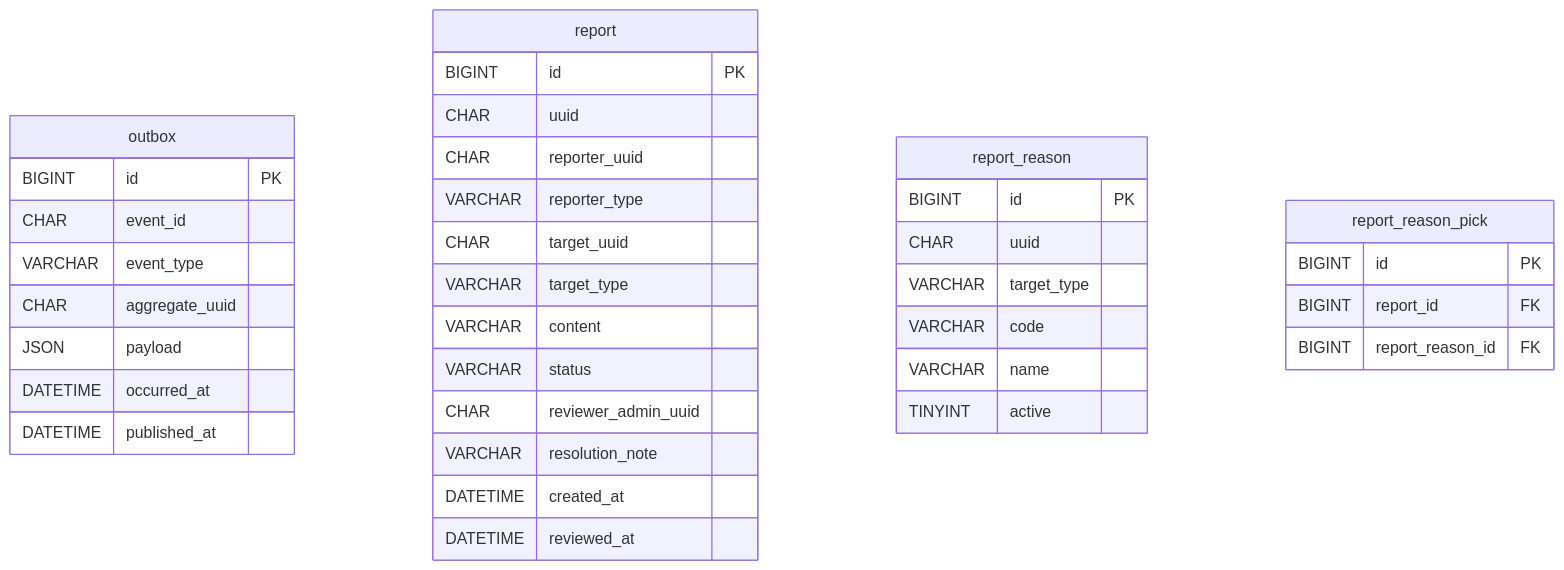
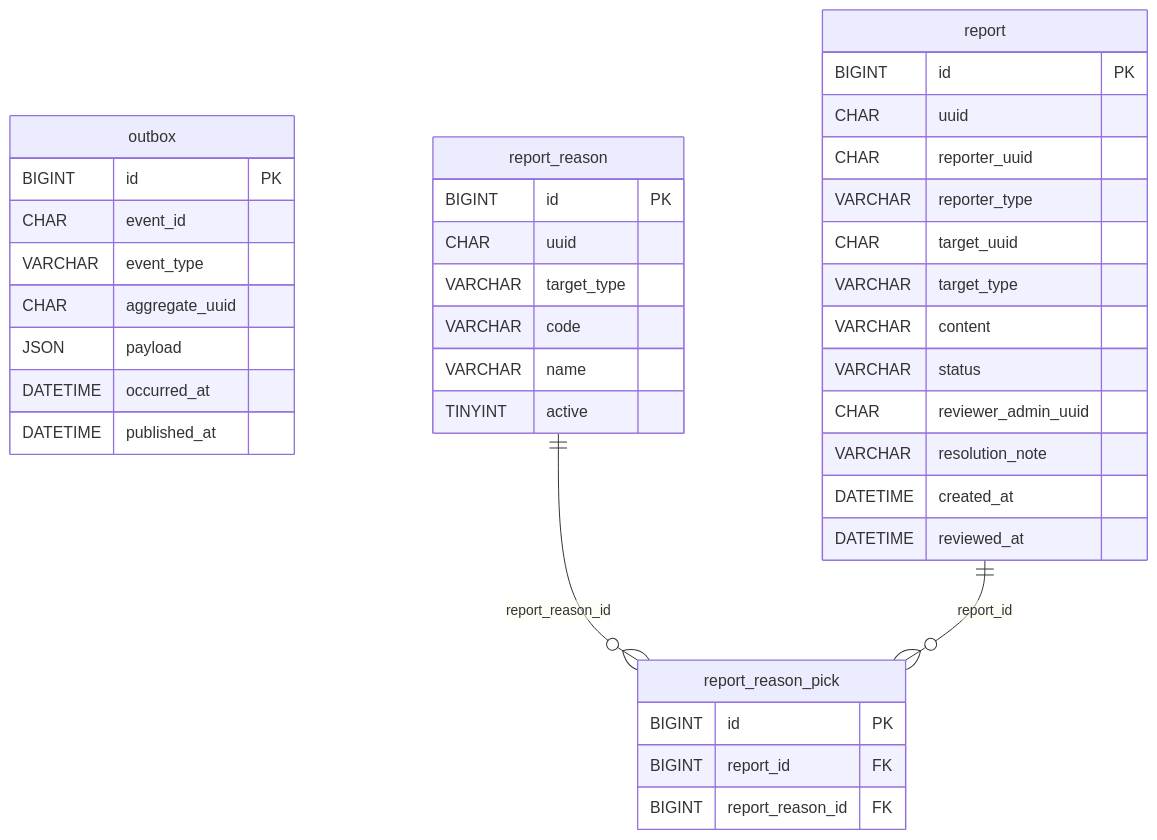
One commit to louie-kury/louie-kury-document changed the first of 2 diagrams in docs/erd/svc_moderation.md. Above: the diagram before and after it, drawn with Mermaid. The commit also changed other lines of this file and 10 other files, not shown here.

Commit message:
docs: ERD 테이블 사이 관계선 추가

````diff
--- a/docs/erd/svc_moderation.md
+++ b/docs/erd/svc_moderation.md
@@ -10,39 +10,41 @@
 ```mermaid
 erDiagram
     outbox {
         BIGINT id PK
         CHAR event_id
         VARCHAR event_type
         CHAR aggregate_uuid
         JSON payload
         DATETIME occurred_at
         DATETIME published_at
     }
     report {
         BIGINT id PK
         CHAR uuid
         CHAR reporter_uuid
         VARCHAR reporter_type
         CHAR target_uuid
         VARCHAR target_type
         VARCHAR content
         VARCHAR status
         CHAR reviewer_admin_uuid
         VARCHAR resolution_note
         DATETIME created_at
         DATETIME reviewed_at
     }
     report_reason {
         BIGINT id PK
         CHAR uuid
         VARCHAR target_type
         VARCHAR code
         VARCHAR name
         TINYINT active
     }
     report_reason_pick {
         BIGINT id PK
         BIGINT report_id FK
         BIGINT report_reason_id FK
     }
+    report_reason ||--o{ report_reason_pick : "report_reason_id"
+    report ||--o{ report_reason_pick : "report_id"
 ```
````
